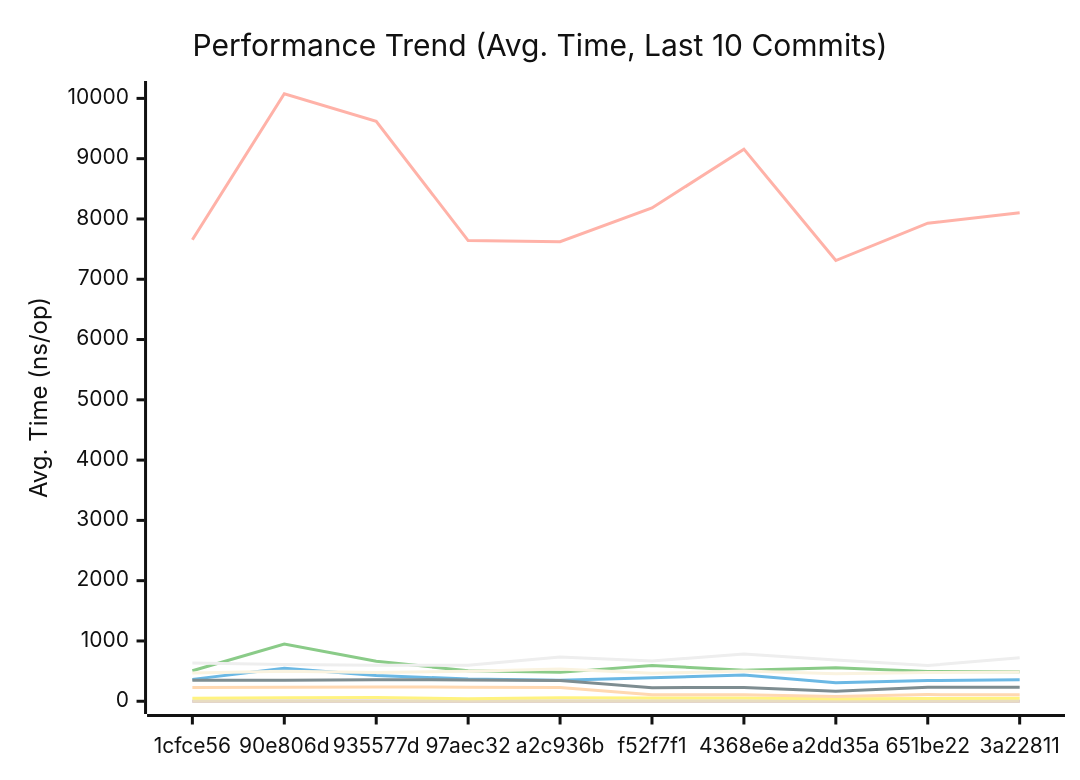
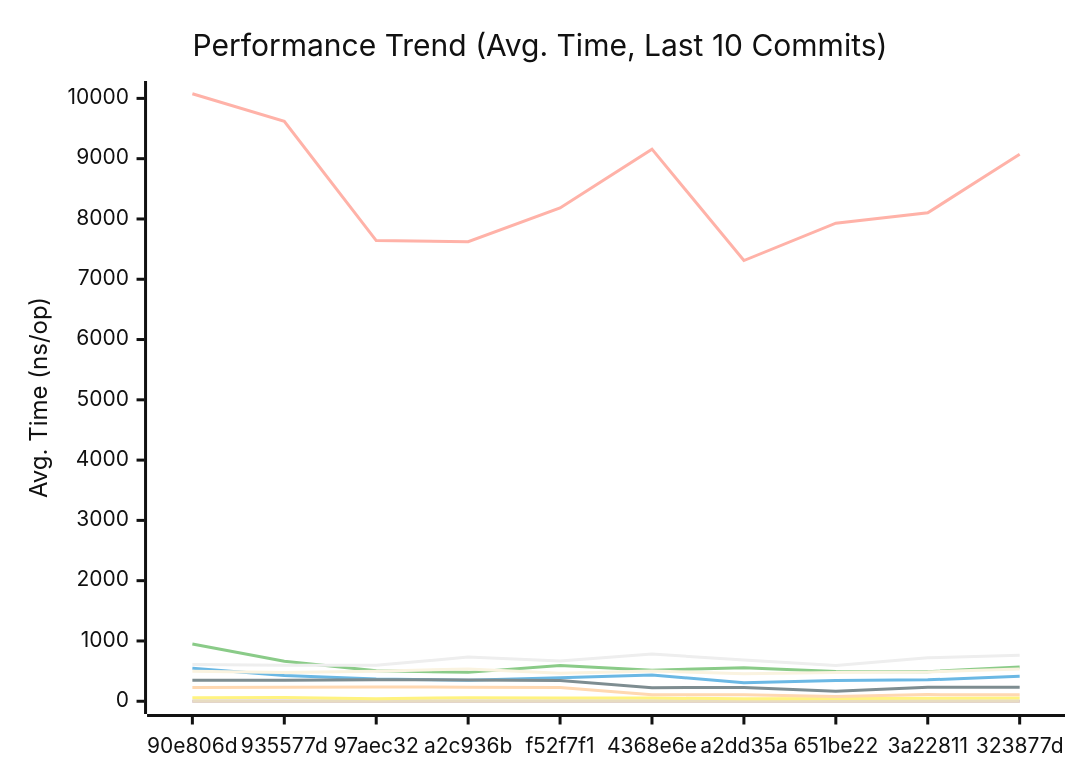
Before and after one commit to alsotoes/momo: the first of 3 diagrams in docs/PERFORMANCE.md, drawn with Mermaid (neutral theme). The commit also changed other lines of this file and 2 other files, not shown here.

````diff
--- a/docs/PERFORMANCE.md
+++ b/docs/PERFORMANCE.md
@@ -128,18 +128,18 @@
 ```mermaid
 xychart-beta
     title "Performance Trend (Avg. Time, Last 10 Commits)"
     x-axis "Commit"
     y-axis "Avg. Time (ns/op)"
-    x-axis [1cfce56,90e806d,935577d,97aec32,a2c936b,f52f7f1,4368e6e,a2dd35a,651be22,3a22811]
-    line "CheckMetricsAndSwap" [8,11,10,9,8,10,9,10,9,10]
-    line "CrushOptimized" [363,549,426,370,350,388,436,307,344,355]
-    line "CrushOriginal" [506,949,663,507,479,594,516,557,494,491]
+    x-axis [90e806d,935577d,97aec32,a2c936b,f52f7f1,4368e6e,a2dd35a,651be22,3a22811,323877d]
+    line "CheckMetricsAndSwap" [11,10,9,8,10,9,10,9,10,10]
+    line "CrushOptimized" [549,426,370,350,388,436,307,344,355,415]
+    line "CrushOriginal" [949,663,507,479,594,516,557,494,491,570]
     line "IndexDirectTracking" [0,0,0,0,0,0,0,0,0,0]
     line "IndexSearch" [2,2,2,2,2,2,2,2,2,2]
-    line "LoadGlobalConfig" [7656,10077,9618,7642,7622,8182,9158,7310,7930,8102]
-    line "PadString" [48,56,64,43,60,54,52,40,46,49]
+    line "LoadGlobalConfig" [10077,9618,7642,7622,8182,9158,7310,7930,8102,9075]
+    line "PadString" [56,64,43,60,54,52,40,46,49,53]
     line "ParseReplicationOrder_NoPrealloc" [350,349,357,354,345,225,229,165,232,234]
     line "ParseReplicationOrder_Prealloc" [229,231,237,234,229,108,107,80,110,109]
-    line "SanitizeLog/Safe" [470,497,475,497,537,464,500,456,475,487]
-    line "SanitizeLog/Unsafe" [634,610,596,597,732,668,782,686,592,720]
+    line "SanitizeLog/Safe" [497,475,497,537,464,500,456,475,487,537]
+    line "SanitizeLog/Unsafe" [610,596,597,732,668,782,686,592,720,762]
 ```
````
